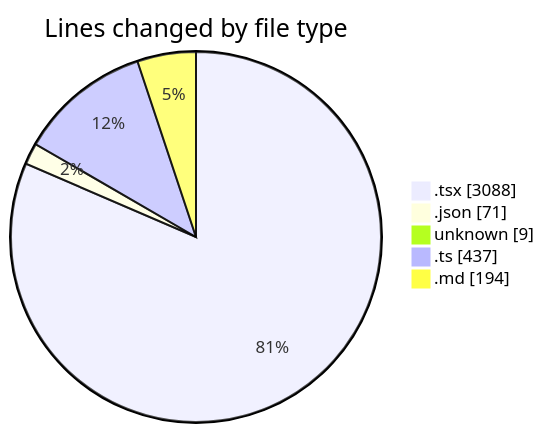
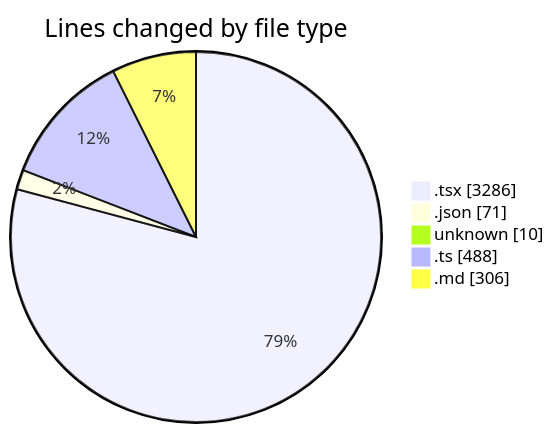
Before and after one commit to ernivani/code-tracking: the first of 2 diagrams in 2025-01-03/tinycms/README.md, drawn with Mermaid. The commit also changed other lines of this file and 2 other files, not shown here.

````diff
--- a/2025-01-03/tinycms/README.md
+++ b/2025-01-03/tinycms/README.md
@@ -37,9 +39,9 @@
 ```mermaid
 pie showData
 title Lines changed by file type
-".tsx" : 3088
+".tsx" : 3286
 ".json" : 71
-"unknown" : 9
-".ts" : 437
-".md" : 194
+"unknown" : 10
+".ts" : 488
+".md" : 306
 ```
````
